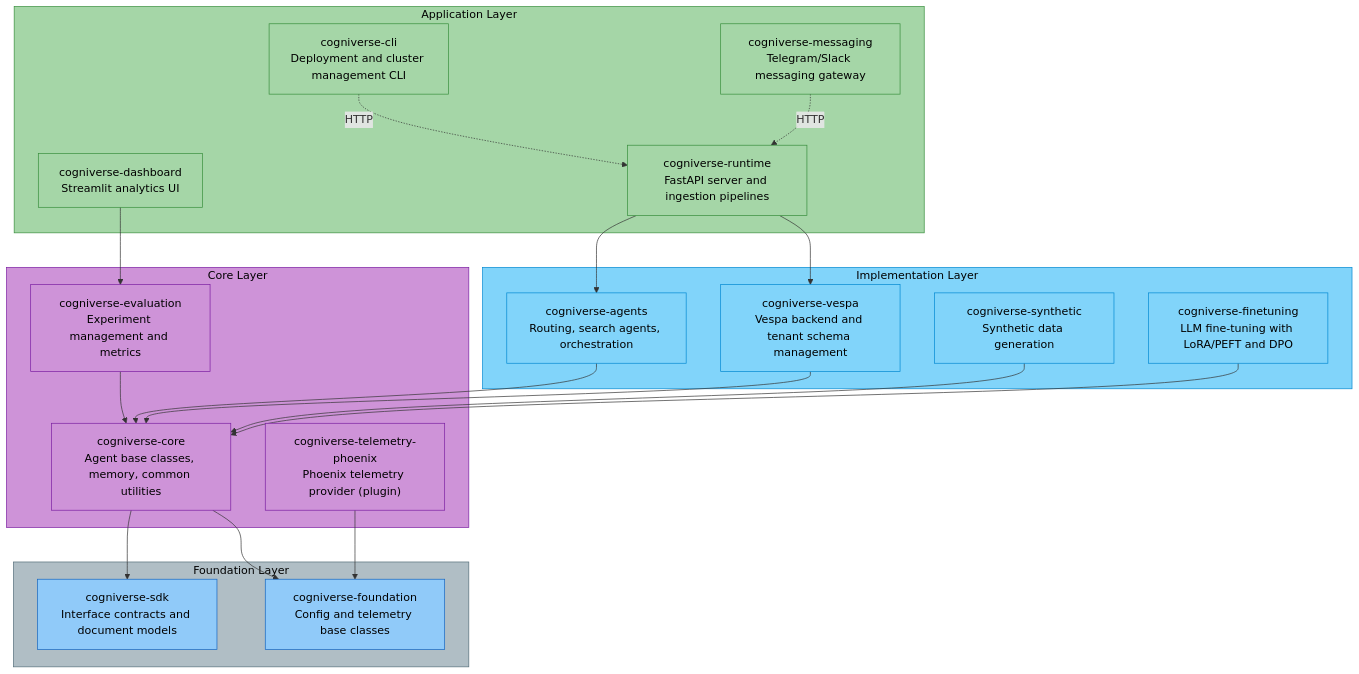
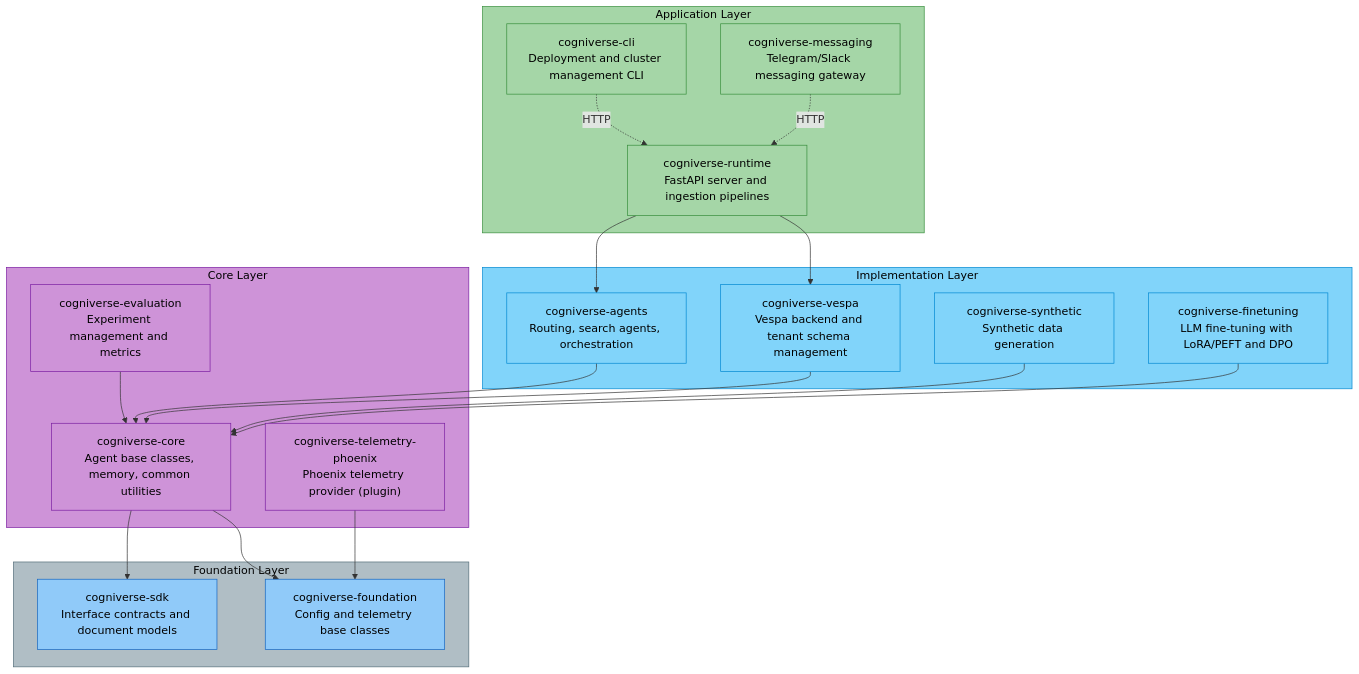
One commit to amit-jain/cogniverse changed the first of 4 diagrams in docs/architecture/integration.md. Above: the diagram before and after it, drawn with Mermaid. The commit also changed other lines of this file and 241 other files, not shown here.

First line of the commit message:
Remove the Streamlit dashboard

````diff
--- a/docs/architecture/integration.md
+++ b/docs/architecture/integration.md
@@ -24,59 +24,56 @@
 ```mermaid
 graph TD
     subgraph Foundation["<span style='color:#000'>Foundation Layer</span>"]
         SDK["<span style='color:#000'>cogniverse-sdk<br/>Interface contracts and document models</span>"]
         FOUND["<span style='color:#000'>cogniverse-foundation<br/>Config and telemetry base classes</span>"]
     end
 
     subgraph Core["<span style='color:#000'>Core Layer</span>"]
         CORE["<span style='color:#000'>cogniverse-core<br/>Agent base classes, memory, common utilities</span>"]
         EVAL["<span style='color:#000'>cogniverse-evaluation<br/>Experiment management and metrics</span>"]
         TELEM["<span style='color:#000'>cogniverse-telemetry-phoenix<br/>Phoenix telemetry provider (plugin)</span>"]
     end
 
     subgraph Implementation["<span style='color:#000'>Implementation Layer</span>"]
         AGENTS["<span style='color:#000'>cogniverse-agents<br/>Routing, search agents, orchestration</span>"]
         VESPA["<span style='color:#000'>cogniverse-vespa<br/>Vespa backend and tenant schema management</span>"]
         SYNTH["<span style='color:#000'>cogniverse-synthetic<br/>Synthetic data generation</span>"]
         FINE["<span style='color:#000'>cogniverse-finetuning<br/>LLM fine-tuning with LoRA/PEFT and DPO</span>"]
     end
 
     subgraph Application["<span style='color:#000'>Application Layer</span>"]
         RUNTIME["<span style='color:#000'>cogniverse-runtime<br/>FastAPI server and ingestion pipelines</span>"]
-        DASH["<span style='color:#000'>cogniverse-dashboard<br/>Streamlit analytics UI</span>"]
         CLI["<span style='color:#000'>cogniverse-cli<br/>Deployment and cluster management CLI</span>"]
         MSG["<span style='color:#000'>cogniverse-messaging<br/>Telegram/Slack messaging gateway</span>"]
     end
 
     CORE --> SDK
     CORE --> FOUND
     EVAL --> CORE
     TELEM --> FOUND
     AGENTS --> CORE
     VESPA --> CORE
     SYNTH --> CORE
     FINE --> CORE
     RUNTIME --> AGENTS
     RUNTIME --> VESPA
-    DASH --> EVAL
     CLI -.->|HTTP| RUNTIME
     MSG -.->|HTTP| RUNTIME
 
     style Foundation fill:#b0bec5,stroke:#546e7a,color:#000
     style Core fill:#ce93d8,stroke:#7b1fa2,color:#000
     style Implementation fill:#81d4fa,stroke:#0288d1,color:#000
     style Application fill:#a5d6a7,stroke:#388e3c,color:#000
     style SDK fill:#90caf9,stroke:#1565c0,color:#000
     style FOUND fill:#90caf9,stroke:#1565c0,color:#000
     style CORE fill:#ce93d8,stroke:#7b1fa2,color:#000
     style EVAL fill:#ce93d8,stroke:#7b1fa2,color:#000
     style TELEM fill:#ce93d8,stroke:#7b1fa2,color:#000
     style AGENTS fill:#81d4fa,stroke:#0288d1,color:#000
     style VESPA fill:#81d4fa,stroke:#0288d1,color:#000
     style SYNTH fill:#81d4fa,stroke:#0288d1,color:#000
     style FINE fill:#81d4fa,stroke:#0288d1,color:#000
     style RUNTIME fill:#a5d6a7,stroke:#388e3c,color:#000
-    style DASH fill:#a5d6a7,stroke:#388e3c,color:#000
     style CLI fill:#a5d6a7,stroke:#388e3c,color:#000
     style MSG fill:#a5d6a7,stroke:#388e3c,color:#000
 ```
````
